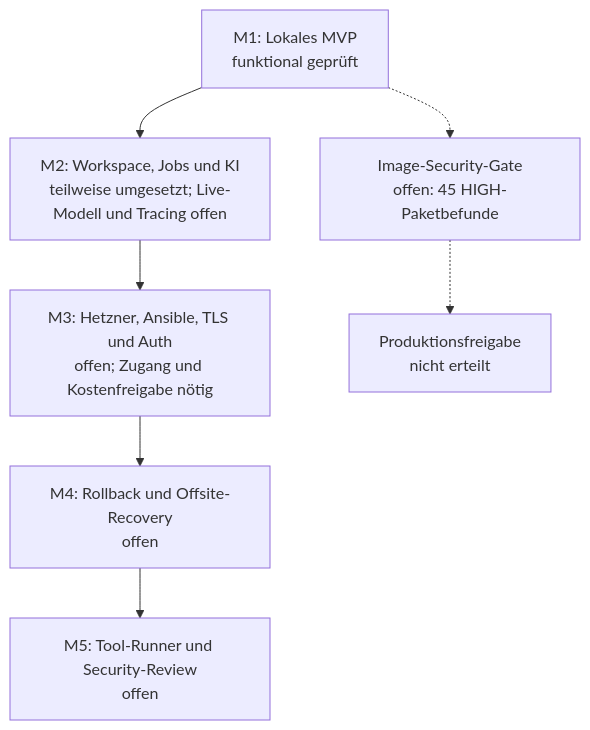
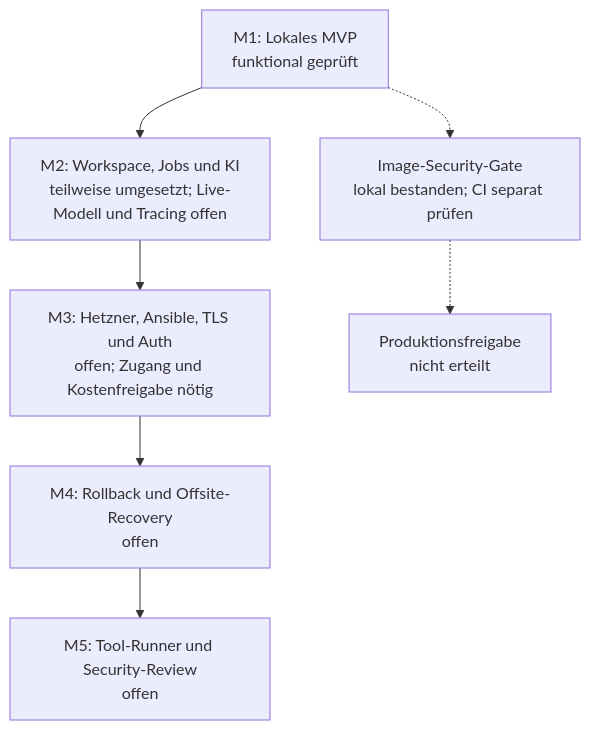
One commit to mischapogr/ai-platform-blueprint changed the diagram in docs/ROADMAP.md. Above: the diagram before and after it, drawn with Mermaid. The commit also changed other lines of this file and 11 other files, not shown here.

````diff
--- a/docs/ROADMAP.md
+++ b/docs/ROADMAP.md
@@ -9,12 +9,12 @@
 ```mermaid
 flowchart TB
     M1["M1: Lokales MVP<br/>funktional geprüft"]
-    Gate["Image-Security-Gate<br/>offen: 45 HIGH-Paketbefunde"]
+    Gate["Image-Security-Gate<br/>lokal bestanden; CI separat prüfen"]
     M2["M2: Workspace, Jobs und KI<br/>teilweise umgesetzt; Live-Modell und Tracing offen"]
     M3["M3: Hetzner, Ansible, TLS und Auth<br/>offen; Zugang und Kostenfreigabe nötig"]
     M4["M4: Rollback und Offsite-Recovery<br/>offen"]
     M5["M5: Tool-Runner und Security-Review<br/>offen"]
     M1 --> M2 --> M3 --> M4 --> M5
     M1 -.-> Gate
     Gate -.-> Release["Produktionsfreigabe<br/>nicht erteilt"]
 ```
````
